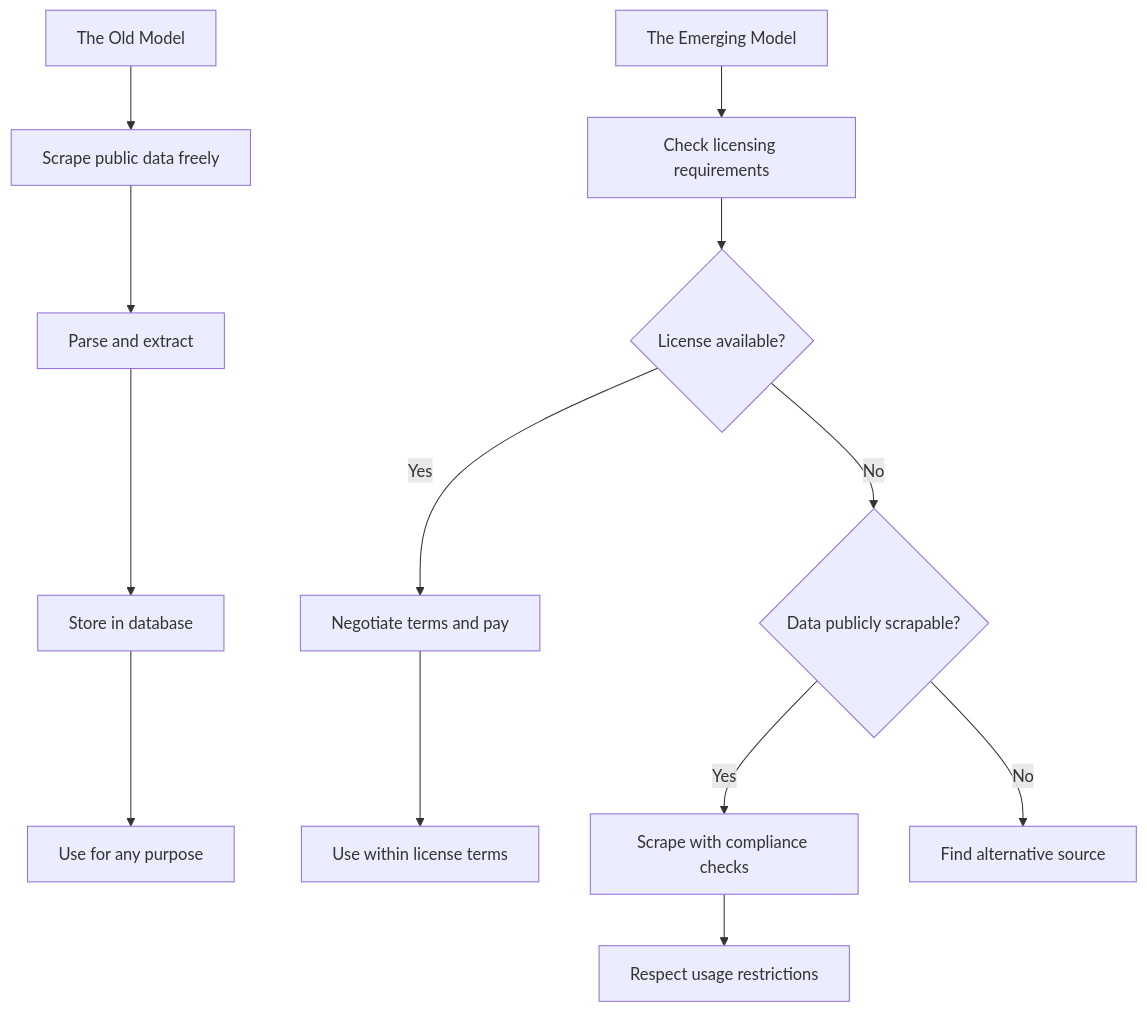
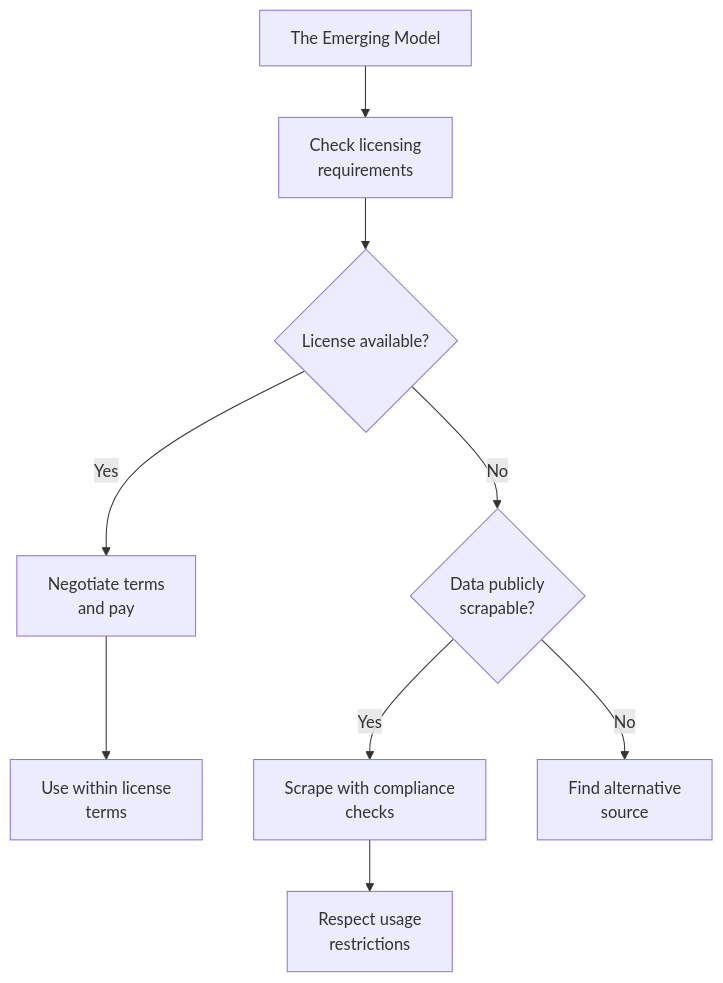
One commit to bytetunnels/bytetunnels.github.com changed the second of 3 diagrams in _posts/2026-02-10-microsofts-content-marketplace-from-scraping-to-licensing.md. Above: the diagram before and after it, drawn with Mermaid. The commit also changed other lines of this file and 118 other files, not shown here.

Commit message:
feat: improve diagram styling and compact wide flowcharts

````diff
--- a/_posts/2026-02-10-microsofts-content-marketplace-from-scraping-to-licensing.md
+++ b/_posts/2026-02-10-microsofts-content-marketplace-from-scraping-to-licensing.md
@@ -23,16 +31,11 @@
 ```mermaid
 graph TD
-    A["The Old Model"] --> A1["Scrape public data freely"]
-    A1 --> A2["Parse and extract"]
-    A2 --> A3["Store in database"]
-    A3 --> A4["Use for any purpose"]
-
-    B["The Emerging Model"] --> B1["Check licensing requirements"]
+    B["The Emerging Model"] --> B1["Check licensing<br/>requirements"]
     B1 --> B2{"License available?"}
-    B2 -->|Yes| B3["Negotiate terms and pay"]
-    B2 -->|No| B4{"Data publicly scrapable?"}
-    B3 --> B5["Use within license terms"]
-    B4 -->|Yes| B6["Scrape with compliance checks"]
-    B4 -->|No| B7["Find alternative source"]
-    B6 --> B8["Respect usage restrictions"]
+    B2 -->|Yes| B3["Negotiate terms<br/>and pay"]
+    B2 -->|No| B4{"Data publicly<br/>scrapable?"}
+    B3 --> B5["Use within license<br/>terms"]
+    B4 -->|Yes| B6["Scrape with compliance<br/>checks"]
+    B4 -->|No| B7["Find alternative<br/>source"]
+    B6 --> B8["Respect usage<br/>restrictions"]
 ```
````
